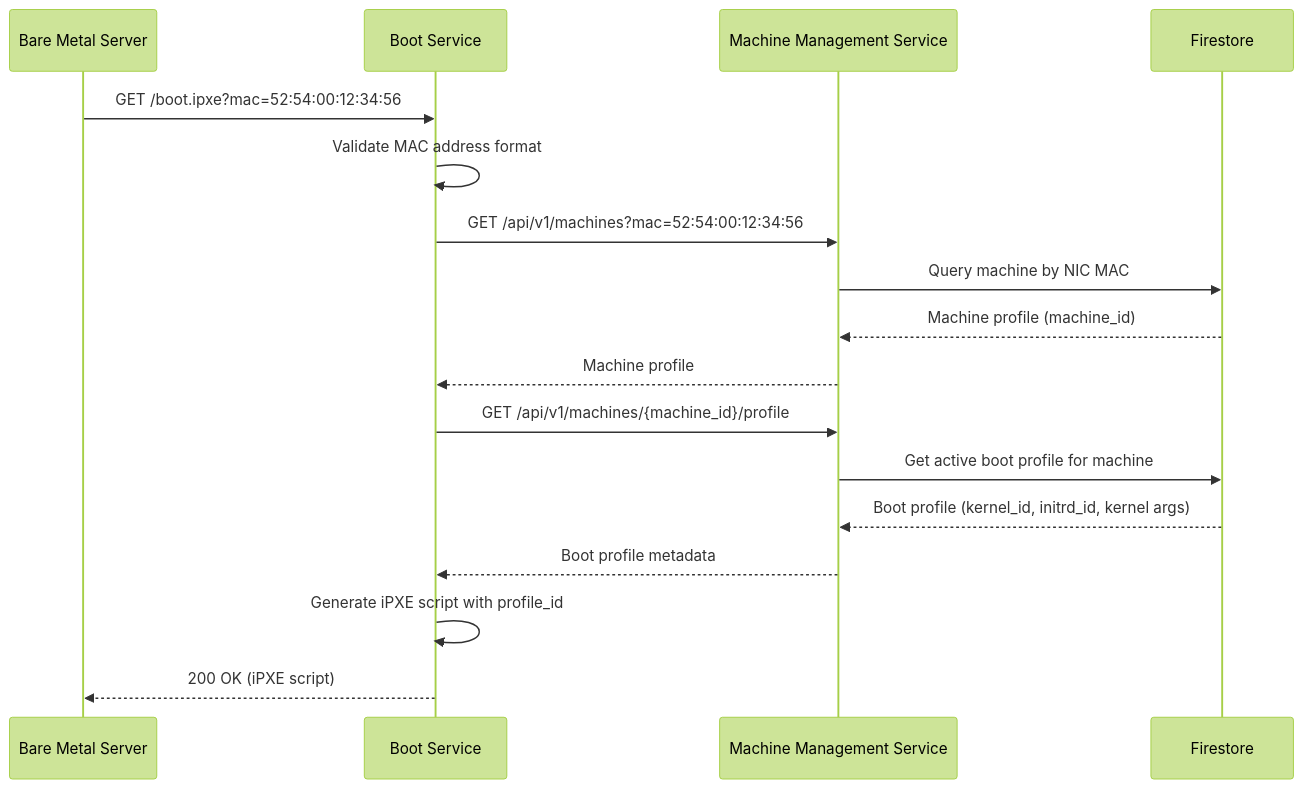
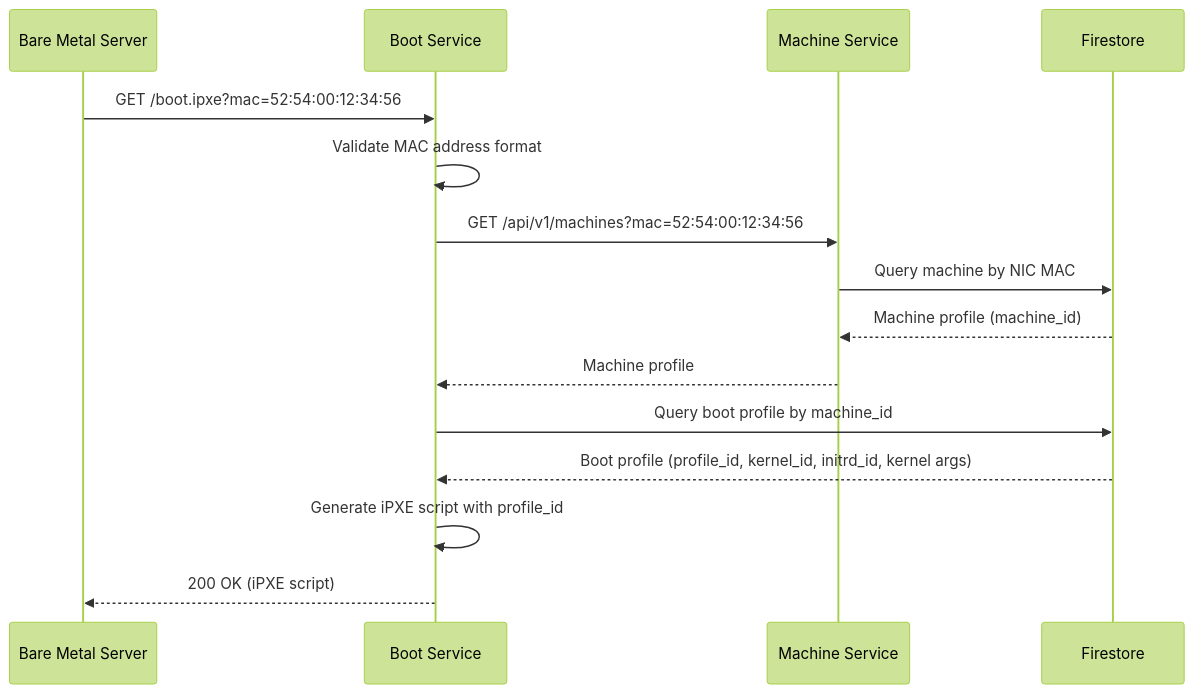
Before and after one commit to Zaba505/infra: the first of 3 diagrams in docs/content/r&d/services/boot/uefi-boot-endpoints.md, drawn with Mermaid (forest theme). The commit also changed other lines of this file and 4 other files, not shown here.

````diff
--- a/docs/content/r&d/services/boot/uefi-boot-endpoints.md
+++ b/docs/content/r&d/services/boot/uefi-boot-endpoints.md
@@ -18,20 +18,18 @@
 ```mermaid
 sequenceDiagram
     participant Client as Bare Metal Server
     participant Boot as Boot Service
-    participant MgmtAPI as Machine Management Service
+    participant MachineAPI as Machine Service
     participant DB as Firestore
     
     Client->>Boot: GET /boot.ipxe?mac=52:54:00:12:34:56
     Boot->>Boot: Validate MAC address format
-    Boot->>MgmtAPI: GET /api/v1/machines?mac=52:54:00:12:34:56
-    MgmtAPI->>DB: Query machine by NIC MAC
-    DB-->>MgmtAPI: Machine profile (machine_id)
-    MgmtAPI-->>Boot: Machine profile
-    Boot->>MgmtAPI: GET /api/v1/machines/{machine_id}/profile
-    MgmtAPI->>DB: Get active boot profile for machine
-    DB-->>MgmtAPI: Boot profile (kernel_id, initrd_id, kernel args)
-    MgmtAPI-->>Boot: Boot profile metadata
+    Boot->>MachineAPI: GET /api/v1/machines?mac=52:54:00:12:34:56
+    MachineAPI->>DB: Query machine by NIC MAC
+    DB-->>MachineAPI: Machine profile (machine_id)
+    MachineAPI-->>Boot: Machine profile
+    Boot->>DB: Query boot profile by machine_id
+    DB-->>Boot: Boot profile (profile_id, kernel_id, initrd_id, kernel args)
     Boot->>Boot: Generate iPXE script with profile_id
     Boot-->>Client: 200 OK (iPXE script)
 ```
````
